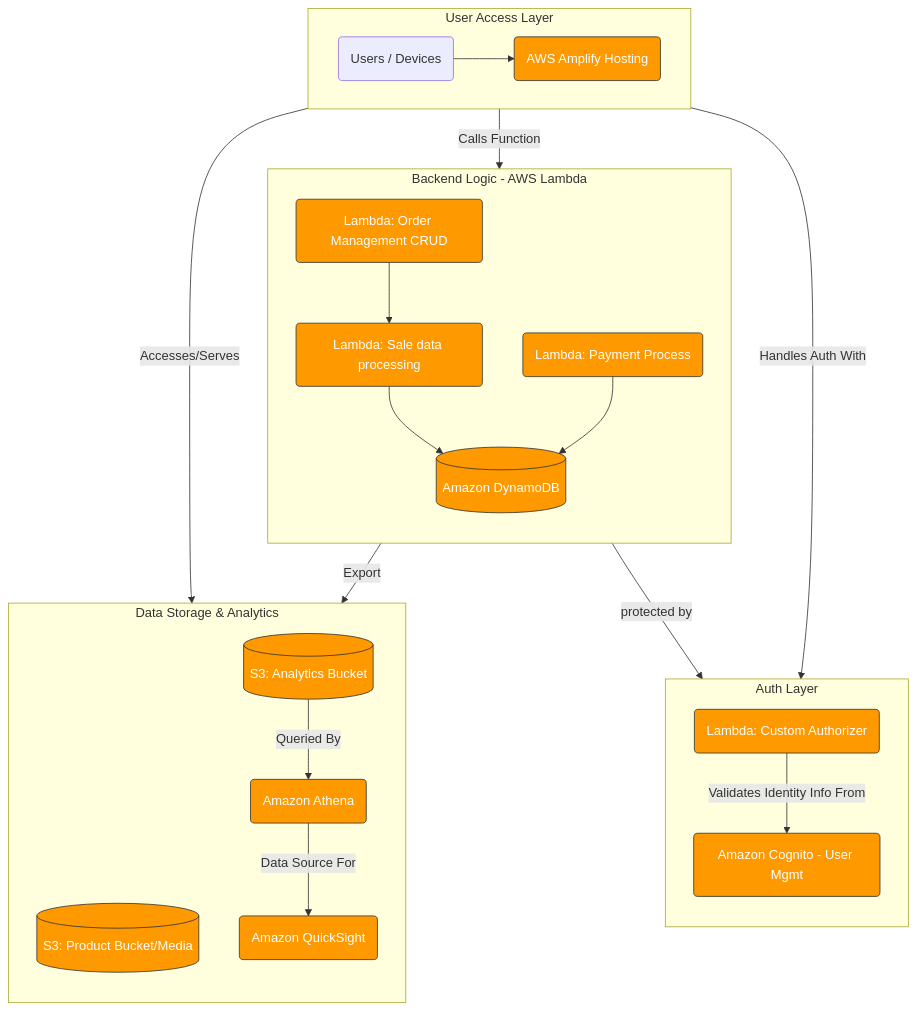
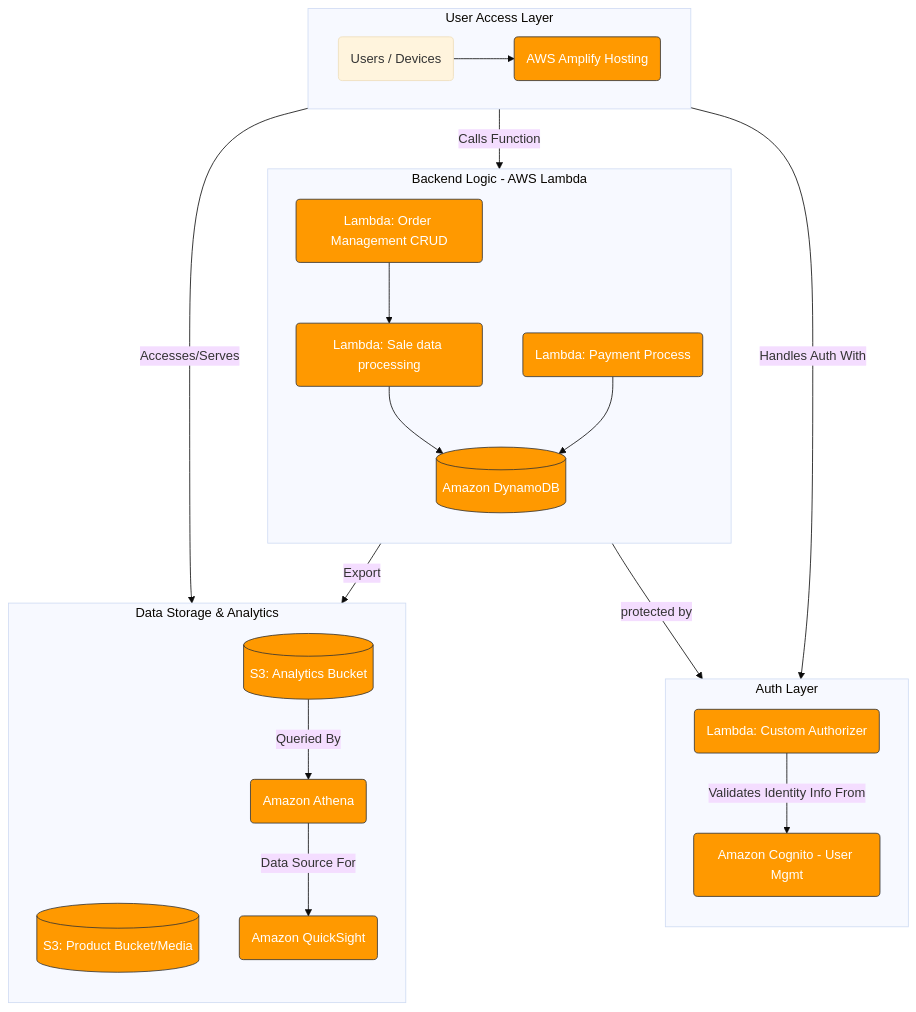
One commit to polasudo/DiplomovaPraca changed the diagram in cloudformation/startup/readme.md. Above: the diagram before and after it, drawn with Mermaid. The commit also changed 8 other files, not shown here.

First line of the commit message:
Refactor Mermaid diagrams in CloudFormation documentation for improved readability and consistency

````diff
--- a/cloudformation/startup/readme.md
+++ b/cloudformation/startup/readme.md
@@ -40,59 +40,58 @@
 ```mermaid
-graph TD
-    %% --- Title ---
-    %% title: Startup E-Shop Serverless Architecture (Based on Provided Diagram)
+---
+config:
+  theme: base
+  fontSize: 30px
+  layout: fixed
+---
+flowchart TD
+ subgraph subGraph0["User Access Layer"]
+    direction LR
+        Amplify("AWS Amplify Hosting")
+        Users("Users / Devices")
+  end
+ subgraph subGraph1["Auth Layer"]
+    direction TB
+        Cognito("Amazon Cognito - User Mgmt")
+        LambdaAuth("Lambda: Custom Authorizer")
+  end
+ subgraph subGraph2["Backend Logic - AWS Lambda"]
+    direction TB
+        LambdaOrders("Lambda: Order Management CRUD")
+        LambdaSaleData("Lambda: Sale data processing")
+        LambdaPayment("Lambda: Payment Process")
+        DynamoDB[("Amazon DynamoDB")]
+  end
+ subgraph subGraph3["Data Storage & Analytics"]
+    direction TB
+        S3_Product[("S3: Product Bucket/Media")]
+        S3_Analytics[("S3: Analytics Bucket")]
+        Athena("Amazon Athena")
+        QuickSight("Amazon QuickSight")
+  end
+    Users --> Amplify
+    Amplify -- Handles Auth With --> Cognito
+    LambdaAuth -- Validates Identity Info From --> Cognito
+    Amplify -- Calls Function --> LambdaOrders
+    LambdaOrders -- protected by --> LambdaAuth
+    LambdaOrders --> LambdaSaleData
+    LambdaSaleData --> DynamoDB
+    LambdaPayment --> DynamoDB
+    Amplify -- Accesses/Serves --> S3_Product
+    DynamoDB -- Export --> S3_Analytics
+    S3_Analytics -- Queried By --> Athena
+    Athena -- Data Source For --> QuickSight
+     Amplify:::awsService
+     Cognito:::awsService
+     LambdaAuth:::awsService
+     LambdaOrders:::awsService
+     LambdaSaleData:::awsService
+     LambdaPayment:::awsService
+     DynamoDB:::awsService
+     S3_Product:::awsService
+     S3_Analytics:::awsService
+     Athena:::awsService
+     QuickSight:::awsService
+    classDef awsService fill:#FF9900,color:#fff,stroke:#333,stroke-width:1px
 
-    %% --- User Access & Frontend ---
-    subgraph User Access Layer
-        direction LR
-        Users(Users / Devices) --> Amplify(AWS Amplify Hosting)
-    end
-
-    %% --- Authentication & Authorization ---
-    subgraph Auth Layer
-         direction TB
-         Cognito(Amazon Cognito - User Mgmt)
-         LambdaAuth(Lambda: Custom Authorizer)
-
-         Amplify -- Handles Auth With --> Cognito
-         %% Diagram shows Cognito -> Authorizer. Interpreting as Authorizer uses/validates Cognito info.
-         %% Lambdas invoked via Amplify are protected by this Authorizer
-         LambdaAuth -- Validates Identity Info From --> Cognito
-    end
-
-    %% --- Backend Logic (Serverless Functions) ---
-    subgraph Backend Logic - AWS Lambda
-        direction TB
-        LambdaOrders(Lambda: Order Management CRUD)
-        LambdaSaleData(Lambda: Sale data processing)
-        LambdaPayment(Lambda: Payment Process)
-
-        %% Amplify invokes backend Lambda directly (managed by Amplify)
-        Amplify -- Calls Function --> LambdaOrders
-        %% Indicate that the invoked Lambda is protected by the Authorizer
-        LambdaOrders -- protected by --> LambdaAuth
-
-        %% Internal Lambda Flow shown in diagram
-        LambdaOrders --> LambdaSaleData
-        LambdaSaleData --> DynamoDB[(Amazon DynamoDB)]
-        LambdaPayment --> DynamoDB
-    end
-
-    %% --- Data Storage & Analytics Flow ---
-    subgraph Data Storage & Analytics
-        direction TB
-        S3_Product[(S3: Product Bucket/Media)]
-        S3_Analytics[(S3: Analytics Bucket)]
-        Athena(Amazon Athena)
-        QuickSight(Amazon QuickSight)
-
-        Amplify -- Accesses/Serves --> S3_Product
-        DynamoDB -- Export --> S3_Analytics
-        S3_Analytics -- Queried By --> Athena
-        Athena -- Data Source For --> QuickSight
-    end
-
-    %% --- Styling (Optional - Basic AWS Color) ---
-    classDef awsService fill:#FF9900,color:#fff,stroke:#333,stroke-width:1px;
-    class Amplify,Cognito,LambdaAuth,LambdaOrders,LambdaSaleData,LambdaPayment,DynamoDB,S3_Analytics,S3_Product,Athena,QuickSight awsService;
 ```
````
